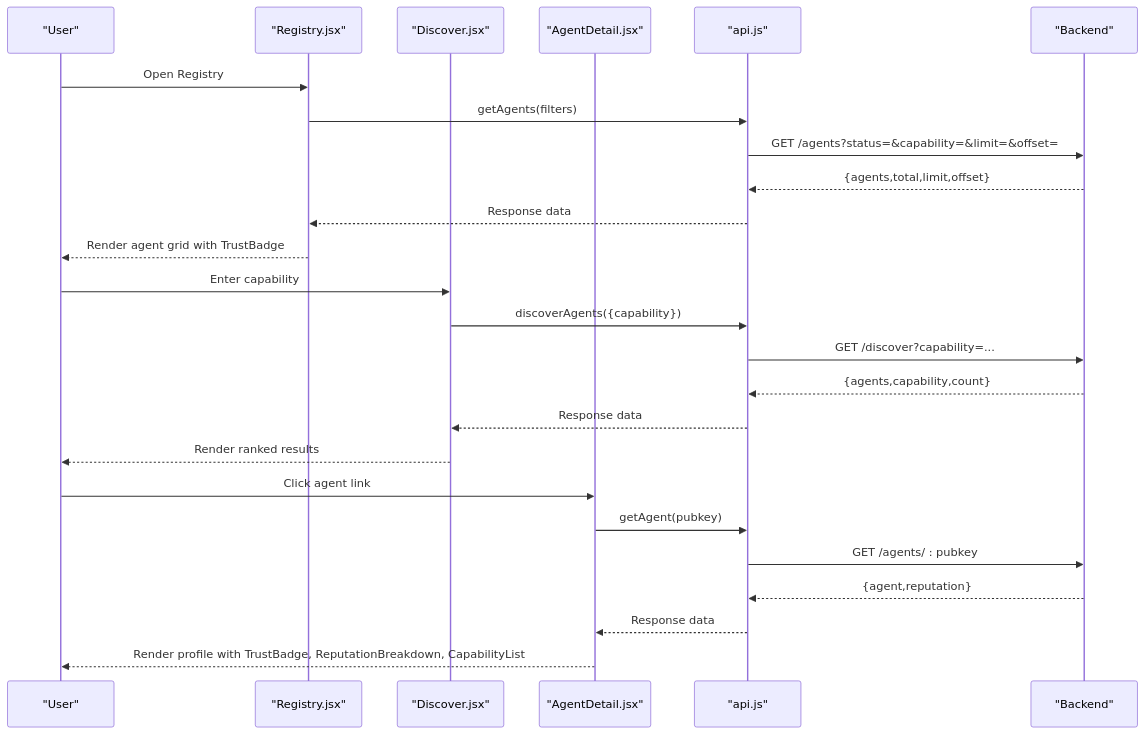
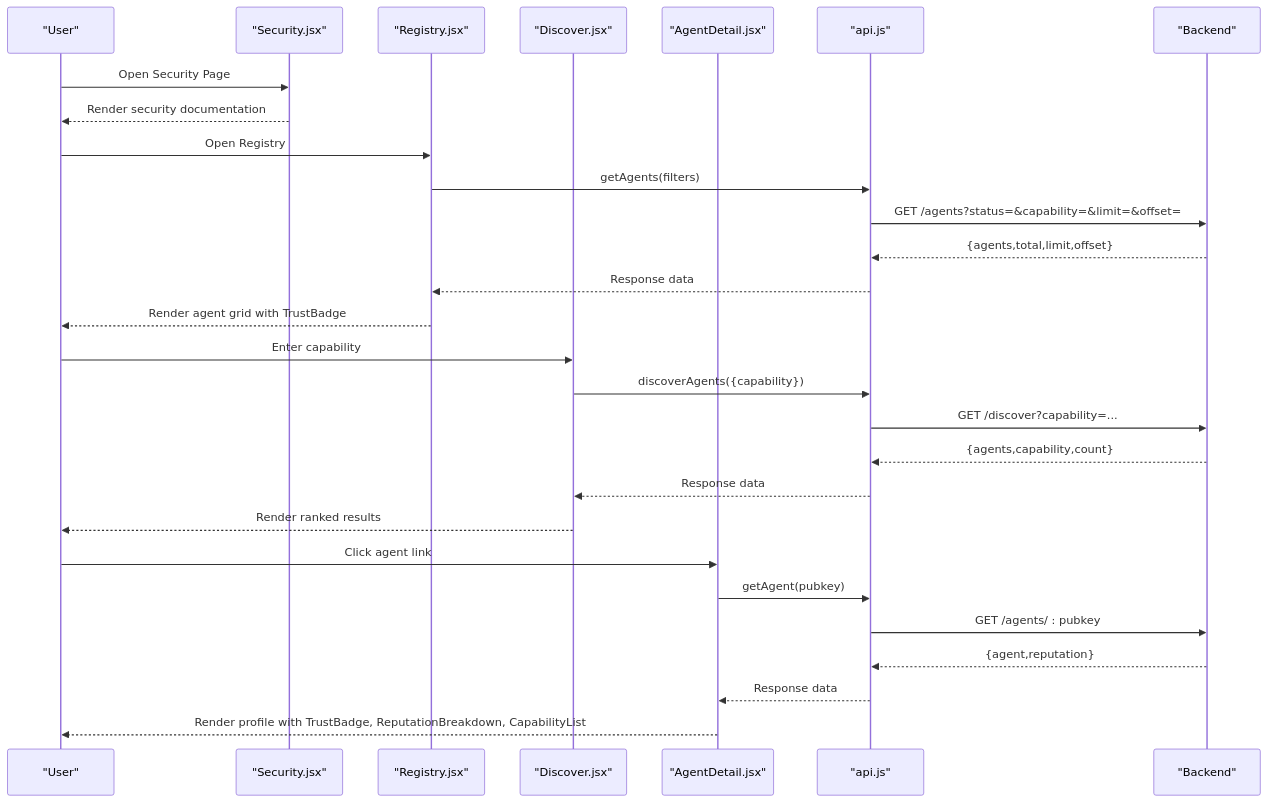
The second of 8 diagrams in .qoder/repowiki/en/content/Frontend Application/Page Components/Page Components.md (RunTimeAdmin/AgentID), drawn with Mermaid before and after one commit. The commit also changed other lines of this file and 6 other files, not shown here.

Commit message:
Add Guides page with Agent Owner and Developer Integration documentation

````diff
--- a/.qoder/repowiki/en/content/Frontend Application/Page Components/Page Components.md
+++ b/.qoder/repowiki/en/content/Frontend Application/Page Components/Page Components.md
@@ -117,27 +142,30 @@
 ```mermaid
 sequenceDiagram
 participant U as "User"
+participant S as "Security.jsx"
 participant R as "Registry.jsx"
 participant D as "Discover.jsx"
 participant A as "AgentDetail.jsx"
 participant C as "api.js"
 participant B as "Backend"
+U->>S : Open Security Page
+S-->>U : Render security documentation
 U->>R : Open Registry
 R->>C : getAgents(filters)
 C->>B : GET /agents?status=&capability=&limit=&offset=
 B-->>C : {agents,total,limit,offset}
 C-->>R : Response data
 R-->>U : Render agent grid with TrustBadge
 U->>D : Enter capability
 D->>C : discoverAgents({capability})
 C->>B : GET /discover?capability=...
 B-->>C : {agents,capability,count}
 C-->>D : Response data
 D-->>U : Render ranked results
 U->>A : Click agent link
 A->>C : getAgent(pubkey)
 C->>B : GET /agents/ : pubkey
 B-->>C : {agent,reputation}
 C-->>A : Response data
 A-->>U : Render profile with TrustBadge, ReputationBreakdown, CapabilityList
 ```
````
